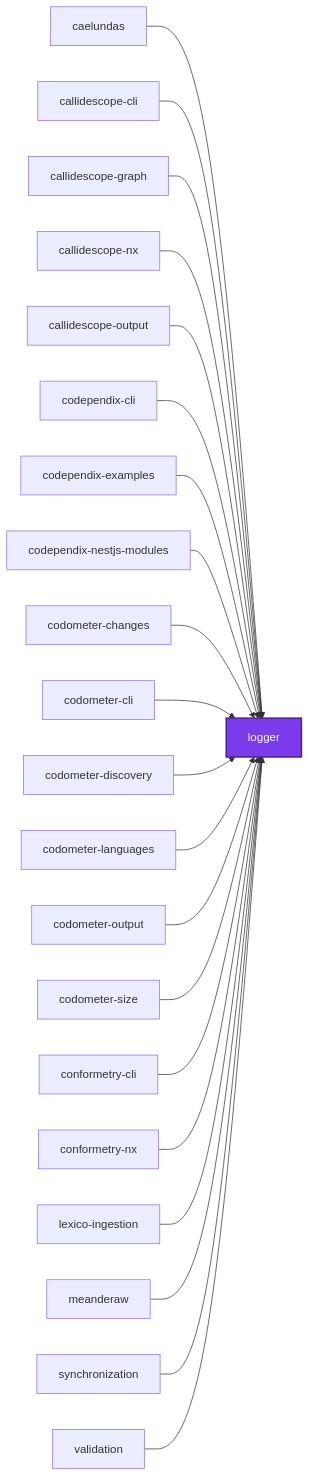
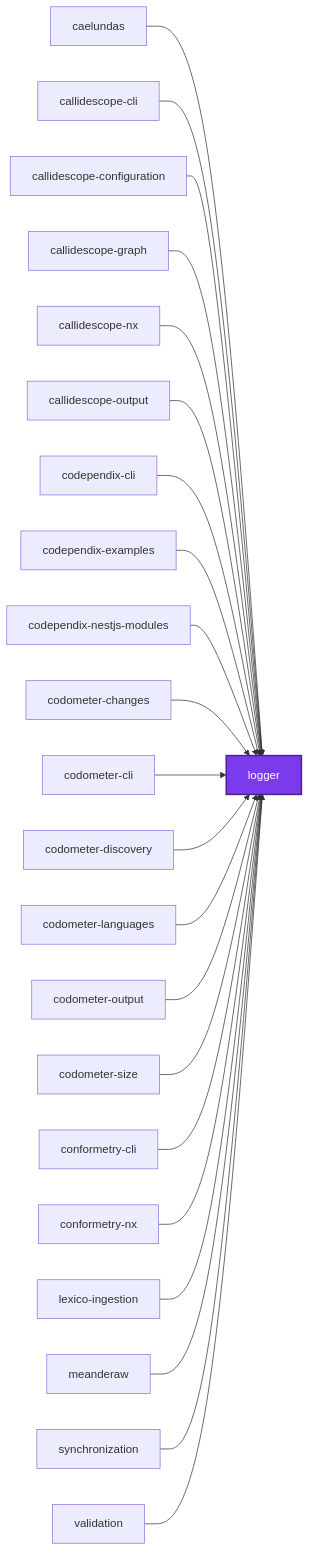
One commit to JimmyPaolini/codebase changed the first of 3 diagrams in packages/logger/README.md. Above: the diagram before and after it, drawn with Mermaid. The commit also changed 78 other files, not shown here.

Commit message:
refactor(callidescope,configuration): ♻️ move the host's logic modules onto the layers that own them

````diff
--- a/packages/logger/README.md
+++ b/packages/logger/README.md
@@ -136,46 +136,48 @@
 ```mermaid
 graph LR
   caelundas["caelundas"]
   callidescope_cli["callidescope-cli"]
+  callidescope_configuration["callidescope-configuration"]
   callidescope_graph["callidescope-graph"]
   callidescope_nx["callidescope-nx"]
   callidescope_output["callidescope-output"]
   codependix_cli["codependix-cli"]
   codependix_examples["codependix-examples"]
   codependix_nestjs_modules["codependix-nestjs-modules"]
   codometer_changes["codometer-changes"]
   codometer_cli["codometer-cli"]
   codometer_discovery["codometer-discovery"]
   codometer_languages["codometer-languages"]
   codometer_output["codometer-output"]
   codometer_size["codometer-size"]
   conformetry_cli["conformetry-cli"]
   conformetry_nx["conformetry-nx"]
   lexico_ingestion["lexico-ingestion"]
   logger["logger"]
   meanderaw["meanderaw"]
   synchronization["synchronization"]
   validation["validation"]
   caelundas --> logger
   callidescope_cli --> logger
+  callidescope_configuration --> logger
   callidescope_graph --> logger
   callidescope_nx --> logger
   callidescope_output --> logger
   codependix_cli --> logger
   codependix_examples --> logger
   codependix_nestjs_modules --> logger
   codometer_changes --> logger
   codometer_cli --> logger
   codometer_discovery --> logger
   codometer_languages --> logger
   codometer_output --> logger
   codometer_size --> logger
   conformetry_cli --> logger
   conformetry_nx --> logger
   lexico_ingestion --> logger
   meanderaw --> logger
   synchronization --> logger
   validation --> logger
   classDef subject fill:#7c3aed,color:#fff,stroke:#4c1d95,stroke-width:2px
   class logger subject
 ```
````
